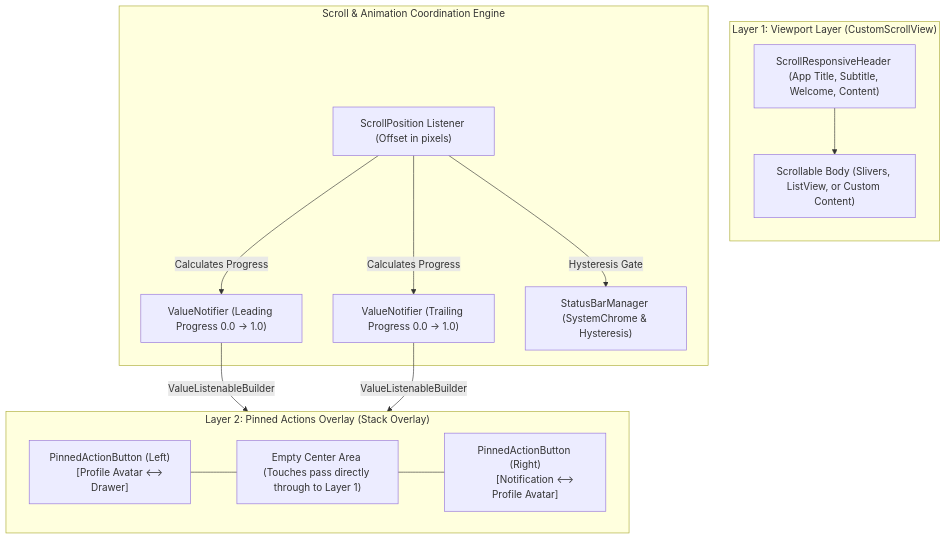
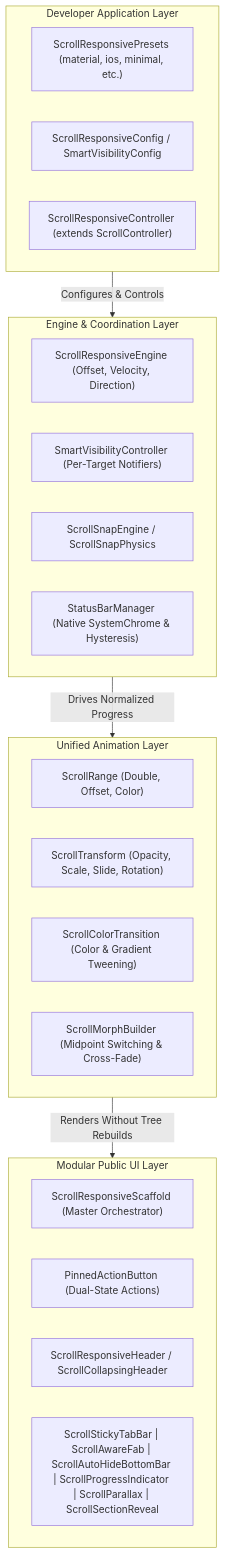
One commit to juwelzan/app_bar_ui changed the first of 2 diagrams in ARCHITECTURE.md. Above: the diagram before and after it, drawn with Mermaid. The commit also changed other lines of this file and 5 other files, not shown here.

Commit message:
docs(phase-1): complete master project audit, architecture blueprints, performance, and testing guidelines

````diff
--- a/ARCHITECTURE.md
+++ b/ARCHITECTURE.md
@@ -7,33 +7,33 @@
 ```mermaid
 flowchart TD
-    subgraph ViewportLayer["Layer 1: Viewport Layer (CustomScrollView)"]
-        direction TB
-        Header["ScrollResponsiveHeader (App Title, Subtitle, Welcome, Content)"]
-        Body["Scrollable Body (Slivers, ListView, or Custom Content)"]
-        Header --> Body
+    subgraph Client["Developer Application Layer"]
+        Preset["ScrollResponsivePresets (material, ios, minimal, etc.)"]
+        Config["ScrollResponsiveConfig / SmartVisibilityConfig"]
+        Controller["ScrollResponsiveController (extends ScrollController)"]
     end
 
-    subgraph OverlayLayer["Layer 2: Pinned Actions Overlay (Stack Overlay)"]
-        direction LR
-        LeadingAction["PinnedActionButton (Left)
-        [Profile Avatar <--> Drawer]"]
-        EmptyCenter["Empty Center Area (Touches pass directly through to Layer 1)"]
-        TrailingAction["PinnedActionButton (Right)
-        [Notification <--> Profile Avatar]"]
-        LeadingAction --- EmptyCenter --- TrailingAction
+    subgraph CoreEngine["Engine & Coordination Layer"]
+        ScrollEngine["ScrollResponsiveEngine (Offset, Velocity, Direction)"]
+        VisController["SmartVisibilityController (Per-Target Notifiers)"]
+        SnapEngine["ScrollSnapEngine / ScrollSnapPhysics"]
+        StatusManager["StatusBarManager (Native SystemChrome & Hysteresis)"]
     end
 
-    subgraph ControllerEngine["Scroll & Animation Coordination Engine"]
-        ScrollPosition["ScrollPosition Listener (Offset in pixels)"]
-        LeadingNotifier["ValueNotifier<double> (Leading Progress 0.0 -> 1.0)"]
-        TrailingNotifier["ValueNotifier<double> (Trailing Progress 0.0 -> 1.0)"]
-        StatusBar["StatusBarManager (SystemChrome & Hysteresis)"]
-        
-        ScrollPosition -->|Calculates Progress| LeadingNotifier
-        ScrollPosition -->|Calculates Progress| TrailingNotifier
-        ScrollPosition -->|Hysteresis Gate| StatusBar
+    subgraph AnimationLayer["Unified Animation Layer"]
+        ScrollRange["ScrollRange<T> (Double, Offset, Color)"]
+        ScrollTransform["ScrollTransform (Opacity, Scale, Slide, Rotation)"]
+        ScrollColor["ScrollColorTransition (Color & Gradient Tweening)"]
+        ScrollMorph["ScrollMorphBuilder (Midpoint Switching & Cross-Fade)"]
     end
 
-    LeadingNotifier -->|ValueListenableBuilder| LeadingAction
-    TrailingNotifier -->|ValueListenableBuilder| TrailingAction
+    subgraph WidgetLayer["Modular Public UI Layer"]
+        ScaffoldWidget["ScrollResponsiveScaffold (Master Orchestrator)"]
+        PinnedActions["PinnedActionButton (Dual-State Actions)"]
+        HeaderWidget["ScrollResponsiveHeader / ScrollCollapsingHeader"]
+        AuxiliaryWidgets["ScrollStickyTabBar | ScrollAwareFab | ScrollAutoHideBottomBar | ScrollProgressIndicator | ScrollParallax | ScrollSectionReveal"]
+    end
+
+    Client -->|Configures & Controls| CoreEngine
+    CoreEngine -->|Drives Normalized Progress| AnimationLayer
+    AnimationLayer -->|Renders Without Tree Rebuilds| WidgetLayer
 ```
````
